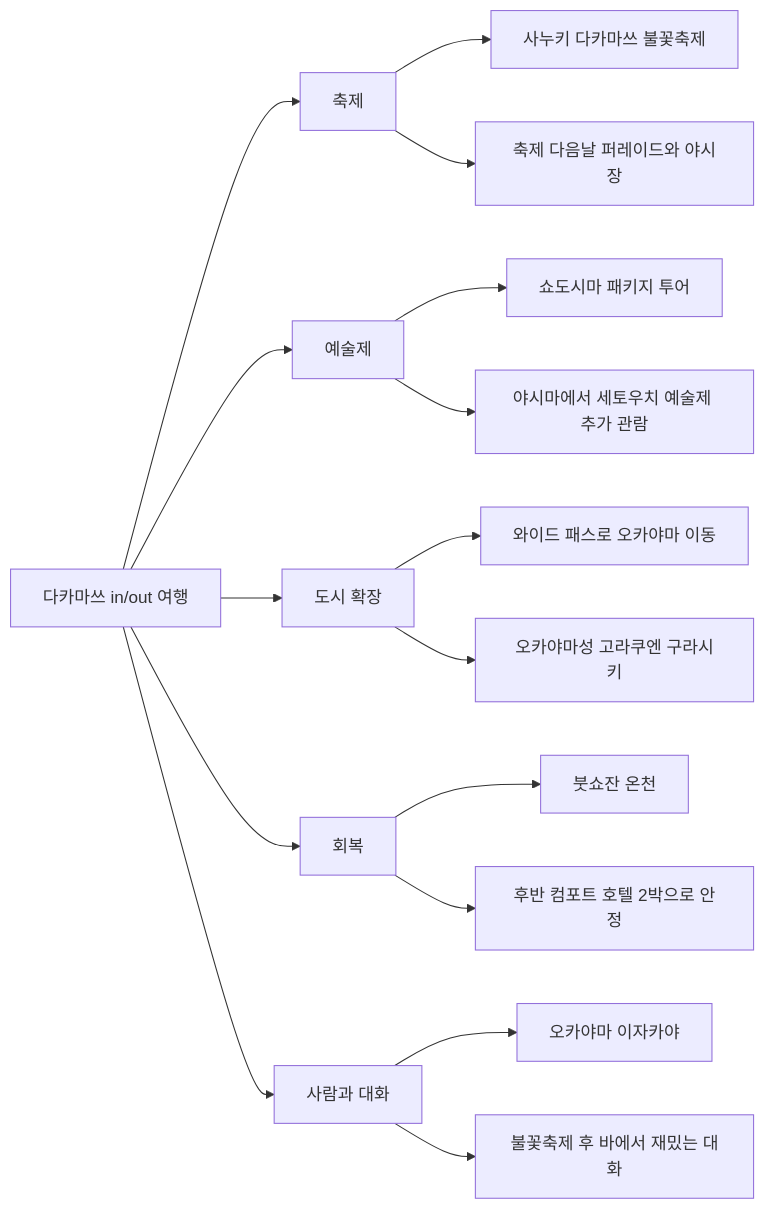
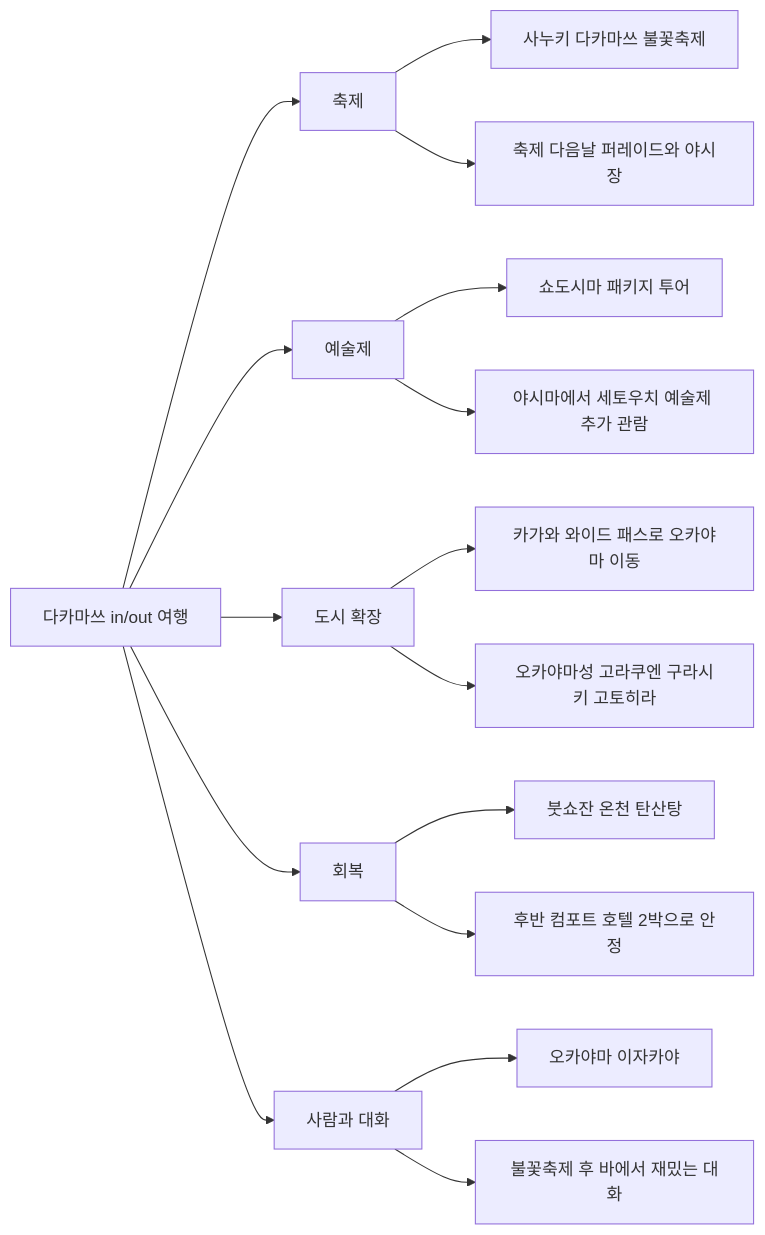
The second of 2 diagrams in src/content/posts/2025-08-01-takamatsu-recovery.md (gongdongho12/commit-map), drawn with Mermaid before and after one commit. The commit also changed other lines of this file, not shown here.

````diff
--- a/src/content/posts/2025-08-01-takamatsu-recovery.md
+++ b/src/content/posts/2025-08-01-takamatsu-recovery.md
@@ -315,18 +324,18 @@
 ```mermaid
 flowchart LR
   A["다카마쓰 in/out 여행"] --> B["축제"]
   A --> C["예술제"]
   A --> D["도시 확장"]
   A --> E["회복"]
   A --> F["사람과 대화"]
   B --> B1["사누키 다카마쓰 불꽃축제"]
   B --> B2["축제 다음날 퍼레이드와 야시장"]
   C --> C1["쇼도시마 패키지 투어"]
   C --> C2["야시마에서 세토우치 예술제 추가 관람"]
-  D --> D1["와이드 패스로 오카야마 이동"]
-  D --> D2["오카야마성 고라쿠엔 구라시키"]
-  E --> E1["붓쇼잔 온천"]
+  D --> D1["카가와 와이드 패스로 오카야마 이동"]
+  D --> D2["오카야마성 고라쿠엔 구라시키 고토히라"]
+  E --> E1["붓쇼잔 온천 탄산탕"]
   E --> E2["후반 컴포트 호텔 2박으로 안정"]
   F --> F1["오카야마 이자카야"]
   F --> F2["불꽃축제 후 바에서 재밌는 대화"]
 ```
````
